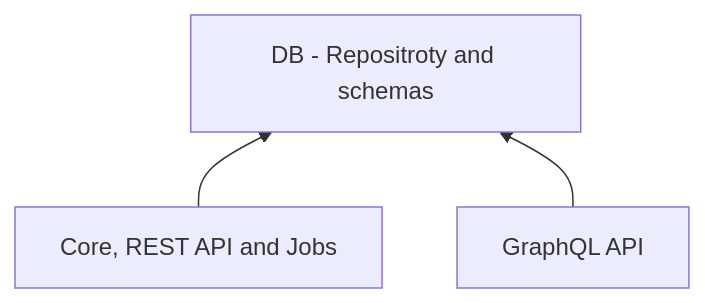
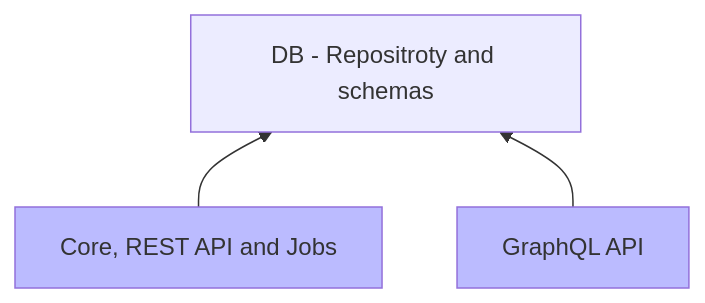
One commit to CaptainFact/captain-fact-api changed the first of 2 diagrams in README.md. Above: the diagram before and after it, drawn with Mermaid. The commit also changed other lines of this file, not shown here.

````diff
--- a/README.md
+++ b/README.md
@@ -15,5 +15,8 @@
 ```mermaid
 graph BT;
     CaptainFact[Core, REST API and Jobs] --> DB[DB - Repositroty and schemas];
     GraphQL[GraphQL API] --> DB;
+    
+    style CaptainFact fill:#BBF;
+    style GraphQL fill:#BBF;
 ```
````
